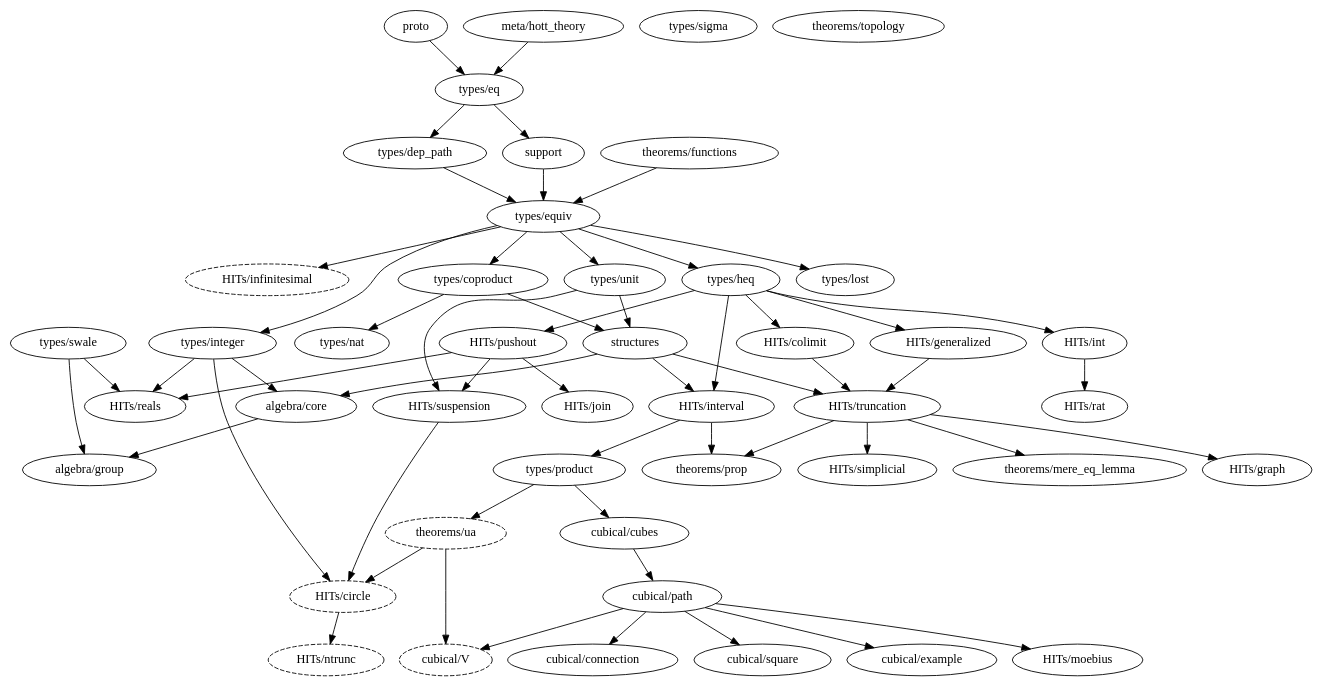
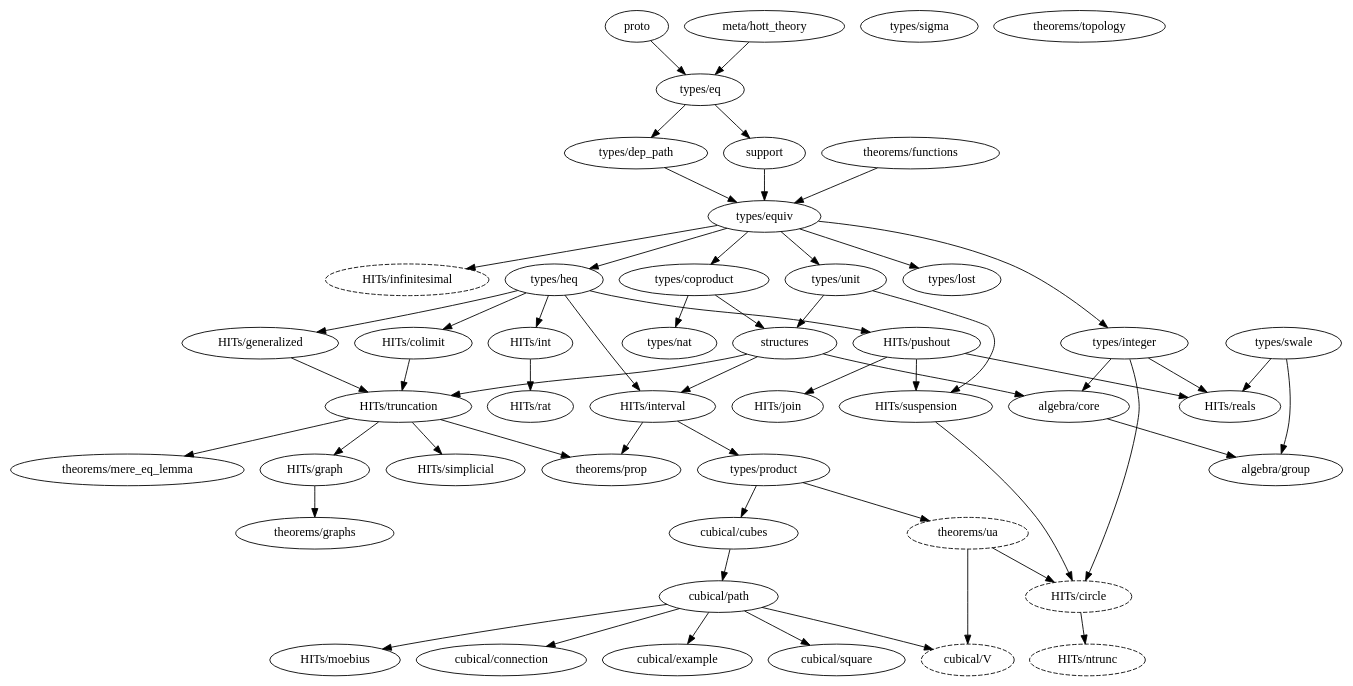
One commit to forked-from-1kasper/ground_zero changed the diagram in dependency_map.gv. Above: the diagram before and after it, drawn with Graphviz. The commit also changed 3 other files, not shown here.

```diff
--- a/dependency_map.gv
+++ b/dependency_map.gv
@@ -1,89 +1,100 @@
 digraph dependency_map {
   proto -> "types/eq"
   "meta/hott_theory" -> "types/eq"
   support -> "types/equiv"
   structures -> { "HITs/interval", "HITs/truncation", "algebra/core" }
 
   subgraph univalence {
     node [style=dashed]
     "HITs/circle"
     "HITs/infinitesimal"
     "HITs/ntrunc"
     "theorems/ua"
     "cubical/V"
   }
 
   subgraph algebra {
     "algebra/core" -> "algebra/group"
+    "algebra/group"
   }
 
   subgraph types {
     "types/coproduct" -> { "types/nat", structures }
     "types/dep_path" -> "types/equiv"
     "types/eq" -> { "types/dep_path", support }
     "types/equiv" -> {
       "types/heq",
       "types/integer",
       "HITs/infinitesimal",
       "types/coproduct",
       "types/lost",
       "types/unit"
     }
     "types/heq" -> {
       "HITs/colimit",
       "HITs/generalized",
       "HITs/int",
       "HITs/pushout",
       "HITs/interval"
     }
     "types/integer" -> { "HITs/circle", "HITs/reals", "algebra/core" }
     "types/lost"
     "types/nat"
     "types/product" -> { "cubical/cubes", "theorems/ua" }
     "types/sigma"
     "types/swale" -> { "HITs/reals", "algebra/group" }
     "types/unit" -> { structures, "HITs/suspension" }
   }
 
   subgraph HITs {
     "HITs/circle" -> "HITs/ntrunc"
     "HITs/colimit" -> "HITs/truncation"
     "HITs/generalized" -> "HITs/truncation"
+    "HITs/graph" -> "theorems/graphs"
     "HITs/infinitesimal"
     "HITs/int" -> "HITs/rat"
     "HITs/interval" -> { "types/product", "theorems/prop" }
     "HITs/join"
+    "HITs/moebius"
+    "HITs/ntrunc"
     "HITs/pushout" -> {
       "HITs/join",
-      "HITs/reals"
+      "HITs/reals",
+      "HITs/suspension"
     }
-    "HITs/pushout" -> "HITs/suspension"
     "HITs/rat"
     "HITs/reals"
     "HITs/simplicial"
     "HITs/suspension" -> "HITs/circle"
     "HITs/truncation" -> {
       "theorems/mere_eq_lemma",
       "theorems/prop",
       "HITs/simplicial",
       "HITs/graph"
     }
   }
 
   subgraph cubical {
-    "cubical/path" -> "HITs/moebius"
-    "cubical/path" -> "cubical/connection"
+    "cubical/connection"
     "cubical/cubes" -> "cubical/path"
-    "cubical/path" -> "cubical/square"
-    "cubical/path" -> "cubical/example"
-    "cubical/path" -> "cubical/V"
+    "cubical/example"
+    "cubical/path" -> {
+      "cubical/square",
+      "cubical/example",
+      "cubical/V",
+      "cubical/connection",
+      "HITs/moebius"
+    }
+    "cubical/square"
+    "cubical/V"
   }
 
   subgraph theorems {
     "theorems/functions" -> "types/equiv"
+    "theorems/graphs"
     "theorems/mere_eq_lemma"
     "theorems/prop"
     "theorems/topology"
     "theorems/ua" -> { "HITs/circle", "cubical/V" }
   }
 }
```
